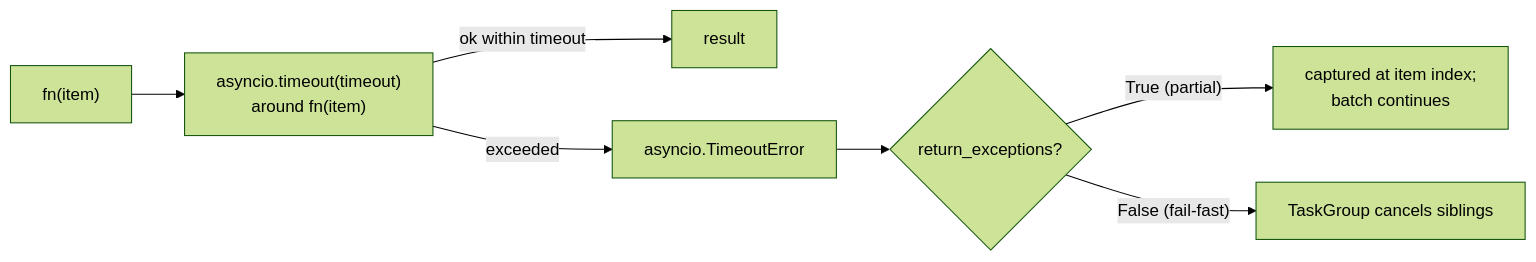
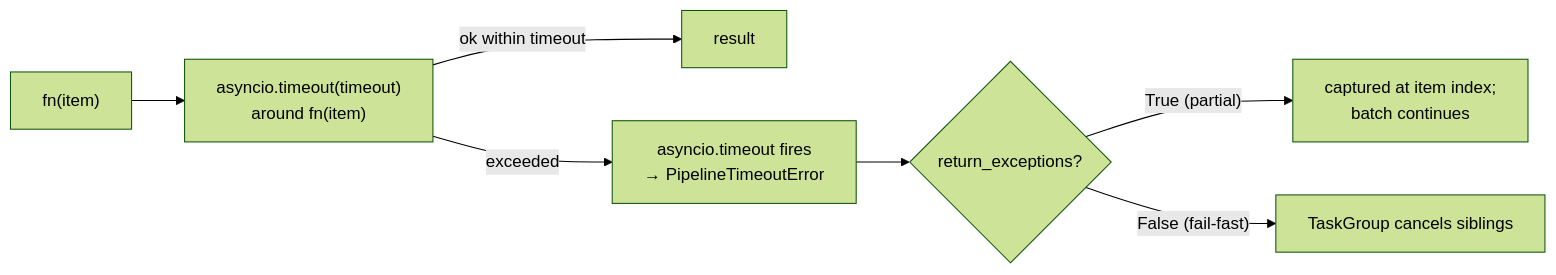
The sixth of 6 diagrams in docs/architecture.md (jt-mchorse/python-async-llm-pipelines), drawn with Mermaid (forest theme) before and after one commit. The commit also changed other lines of this file and 3 other files, not shown here.

First line of the commit message:
fix(architecture): real StreamMetrics fields + PipelineTimeoutError in mermaid + lock tests (#80) (#81)

````diff
--- a/docs/architecture.md
+++ b/docs/architecture.md
@@ -195,9 +195,9 @@
 ```mermaid
 flowchart LR
     CALL["fn(item)"] --> WAIT["asyncio.timeout(timeout)<br/>around fn(item)"]
     WAIT -- "ok within timeout" --> R["result"]
-    WAIT -- "exceeded" --> TO["asyncio.TimeoutError"]
+    WAIT -- "exceeded" --> TO["asyncio.timeout fires<br/>→ PipelineTimeoutError"]
     TO --> RE{"return_exceptions?"}
     RE -- "True (partial)" --> CAP["captured at item index;<br/>batch continues"]
     RE -- "False (fail-fast)" --> CG["TaskGroup cancels siblings"]
 ```
````
